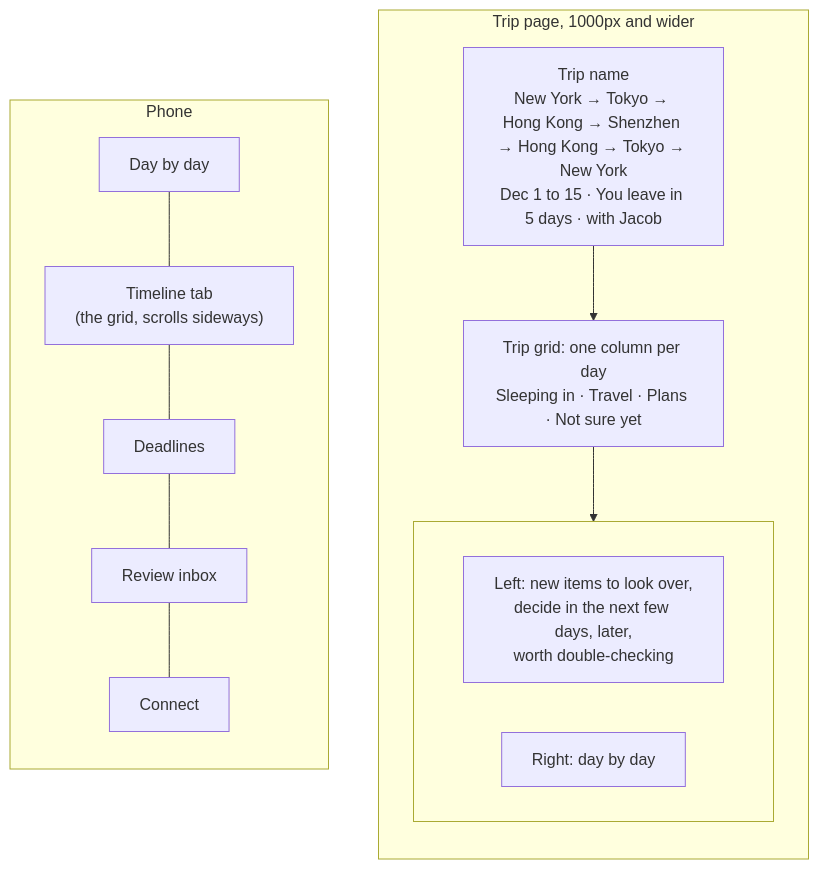
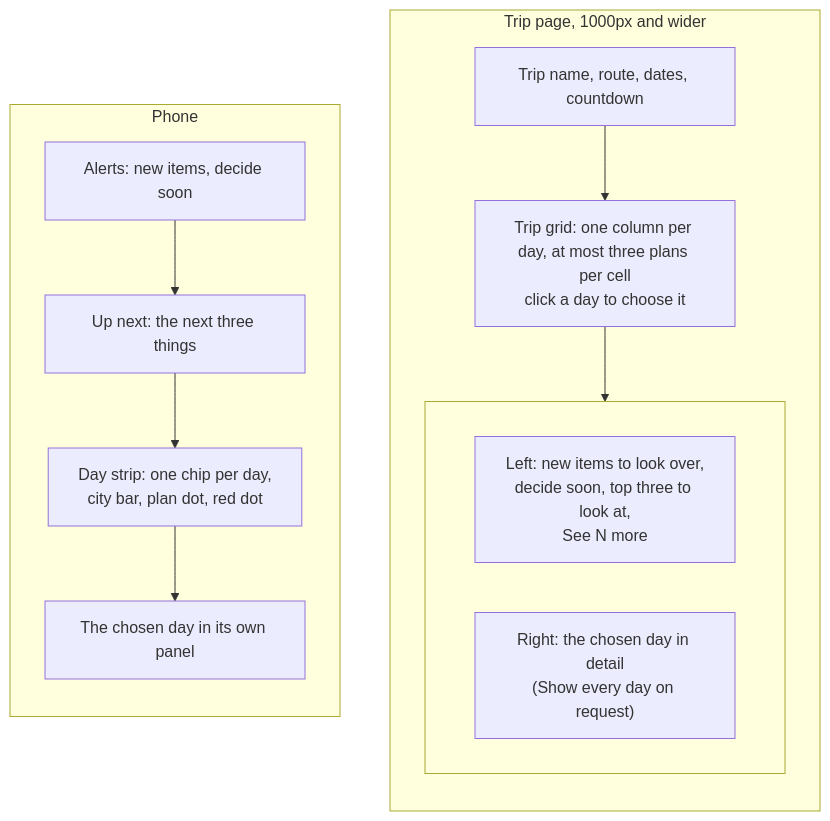
Before and after one commit to kenneth-yu/trip-planner: diagram 11 of 12 in docs/ARCHITECTURE.md, drawn with Mermaid. The commit also changed other lines of this file and 22 other files, not shown here.

````diff
--- a/docs/ARCHITECTURE.md
+++ b/docs/ARCHITECTURE.md
@@ -271,18 +271,18 @@
 ```mermaid
 flowchart TB
   subgraph Desktop["Trip page, 1000px and wider"]
     direction TB
-    H["Trip name<br/>New York → Tokyo → Hong Kong → Shenzhen → Hong Kong → Tokyo → New York<br/>Dec 1 to 15 · You leave in 5 days · with Jacob"]
-    T["Trip grid: one column per day<br/>Sleeping in · Travel · Plans · Not sure yet"]
+    H["Trip name, route, dates, countdown"]
+    T["Trip grid: one column per day, at most three plans per cell<br/>click a day to choose it"]
     subgraph Cols[" "]
       direction LR
-      A["Left: new items to look over,<br/>decide in the next few days, later,<br/>worth double-checking"]
-      D["Right: day by day"]
+      A["Left: new items to look over,<br/>decide soon, top three to look at,<br/>See N more"]
+      D["Right: the chosen day in detail<br/>(Show every day on request)"]
     end
     H --> T --> Cols
   end
   subgraph Phone["Phone"]
     direction TB
-    P1[Day by day] --- P2["Timeline tab<br/>(the grid, scrolls sideways)"] --- P3[Deadlines] --- P4[Review inbox] --- P5[Connect]
+    Q1["Alerts: new items, decide soon"] --> Q2["Up next: the next three things"] --> Q3["Day strip: one chip per day,<br/>city bar, plan dot, red dot"] --> Q4["The chosen day in its own panel"]
   end
 ```
````
